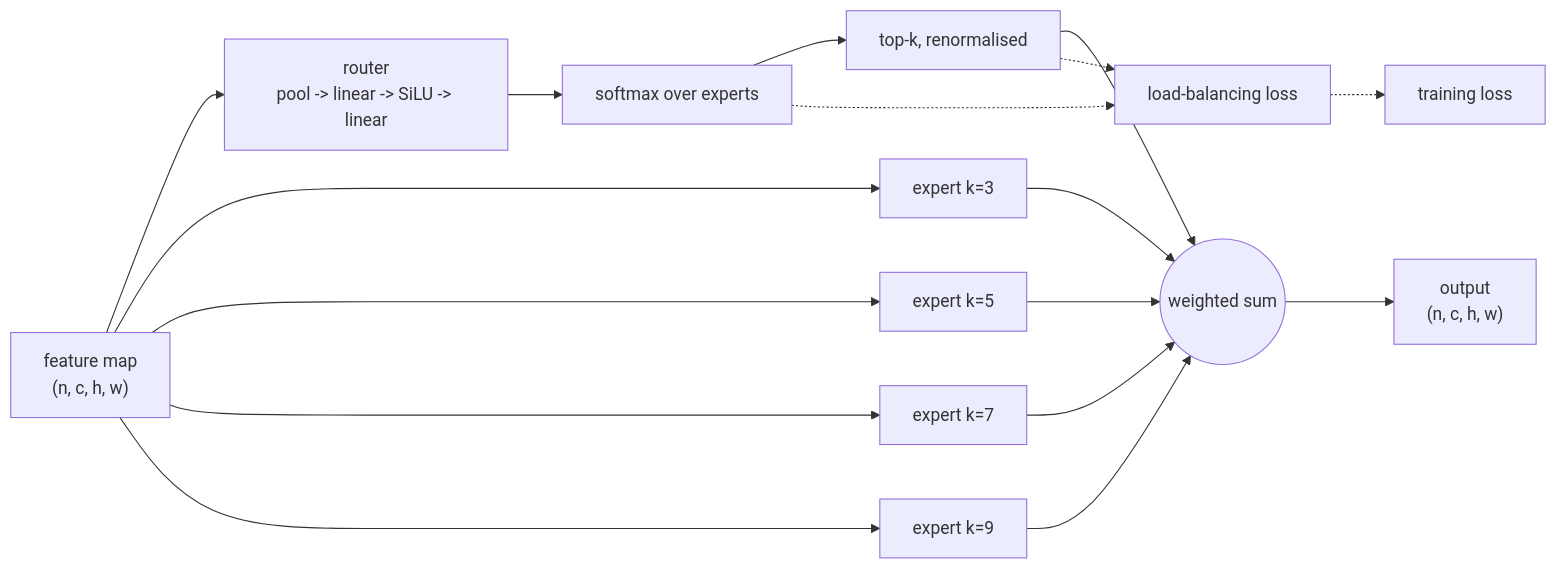
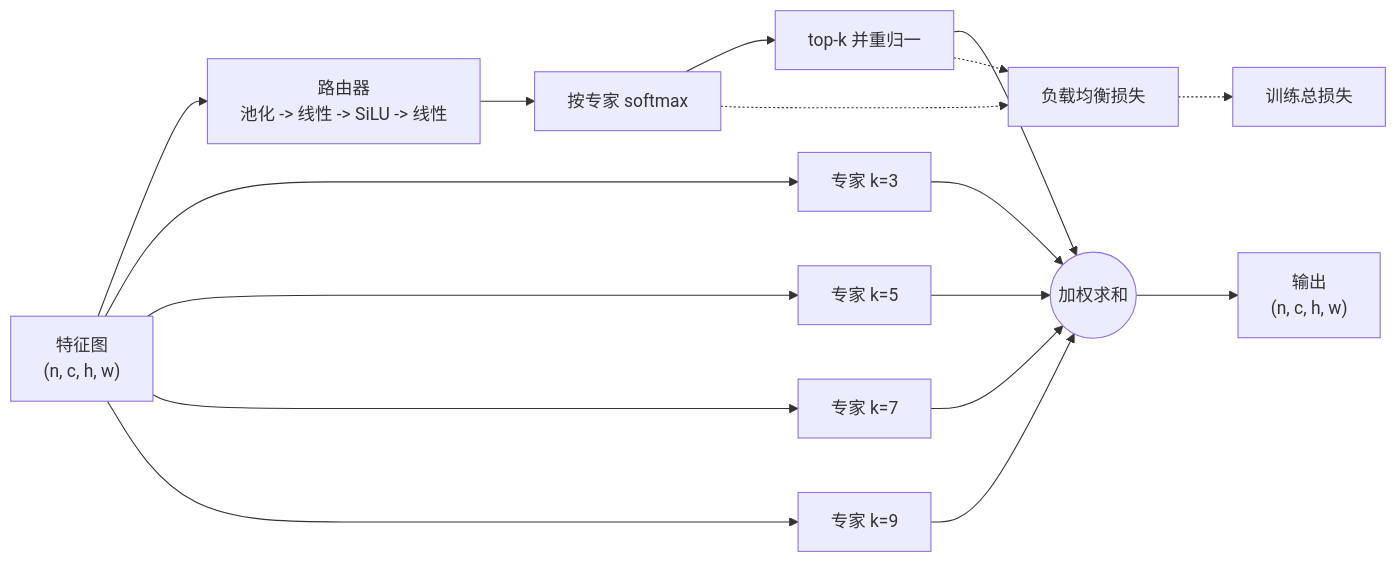
The diagram in docs/tutorial.md (Lfan-ke/ES-MoE), drawn with Mermaid before and after one commit. The commit also changed other lines of this file and 12 other files, not shown here.

````diff
--- a/docs/tutorial.md
+++ b/docs/tutorial.md
@@ -23,19 +19,19 @@
 ```mermaid
 flowchart LR
-    X["feature map<br/>(n, c, h, w)"] --> R["router<br/>pool -> linear -> SiLU -> linear"]
-    R --> P["softmax over experts"]
-    P --> T["top-k, renormalised"]
-    X --> E1["expert k=3"]
-    X --> E2["expert k=5"]
-    X --> E3["expert k=7"]
-    X --> E4["expert k=9"]
-    T --> S(("weighted sum"))
+    X["特征图<br/>(n, c, h, w)"] --> R["路由器<br/>池化 -> 线性 -> SiLU -> 线性"]
+    R --> P["按专家 softmax"]
+    P --> T["top-k 并重归一"]
+    X --> E1["专家 k=3"]
+    X --> E2["专家 k=5"]
+    X --> E3["专家 k=7"]
+    X --> E4["专家 k=9"]
+    T --> S(("加权求和"))
     E1 --> S
     E2 --> S
     E3 --> S
     E4 --> S
-    S --> Y["output<br/>(n, c, h, w)"]
-    P -.-> A["load-balancing loss"]
+    S --> Y["输出<br/>(n, c, h, w)"]
+    P -.-> A["负载均衡损失"]
     T -.-> A
-    A -.-> L["training loss"]
+    A -.-> L["训练总损失"]
 ```
````
